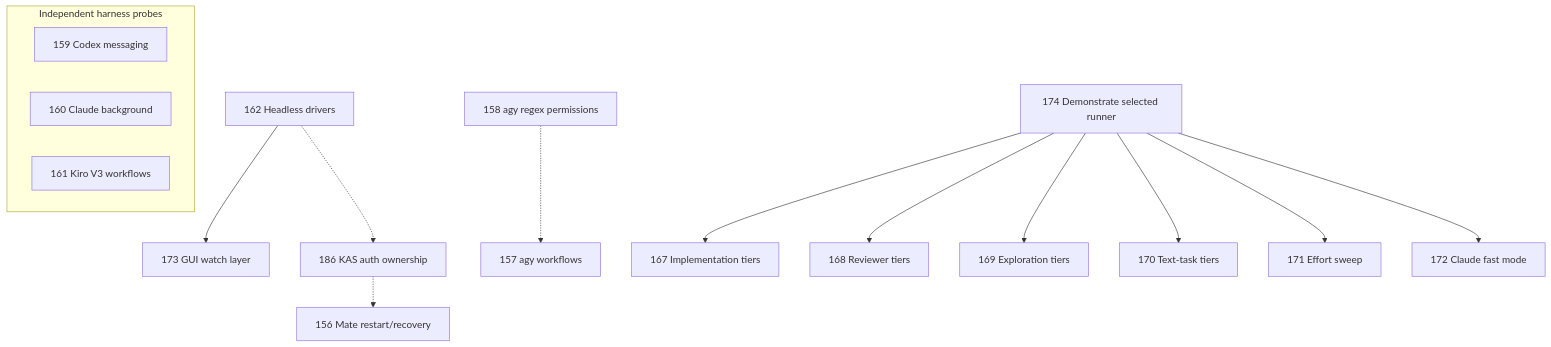
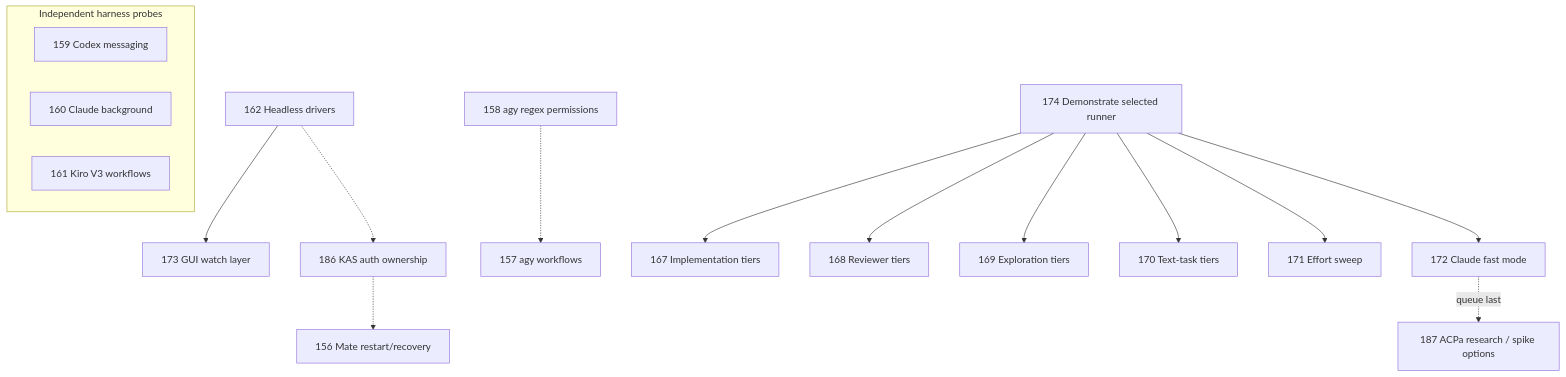
Before and after one commit to smileynet/grey-matter: the diagram in docs/plan.md, drawn with Mermaid. The commit also changed other lines of this file and 1 other file, not shown here.

Commit message:
chore(tickets): queue ACPa research after orchestration spikes

````diff
--- a/docs/plan.md
+++ b/docs/plan.md
@@ -206,18 +207,19 @@
 ```mermaid
 flowchart TD
   D162["162 Headless drivers"] --> G173["173 GUI watch layer"]
   D162 -.-> A186["186 KAS auth ownership"]
   A186 -.-> M156["156 Mate restart/recovery"]
   P158["158 agy regex permissions"] -.-> W157["157 agy workflows"]
   subgraph Other["Independent harness probes"]
     C159["159 Codex messaging"]
     B160["160 Claude background"]
     K161["161 Kiro V3 workflows"]
   end
   R174["174 Demonstrate selected runner"] --> I167["167 Implementation tiers"]
   R174 --> V168["168 Reviewer tiers"]
   R174 --> E169["169 Exploration tiers"]
   R174 --> T170["170 Text-task tiers"]
   R174 --> F171["171 Effort sweep"]
   R174 --> S172["172 Claude fast mode"]
+  S172 -. "queue last" .-> Q187["187 ACPa research / spike options"]
 ```
````
